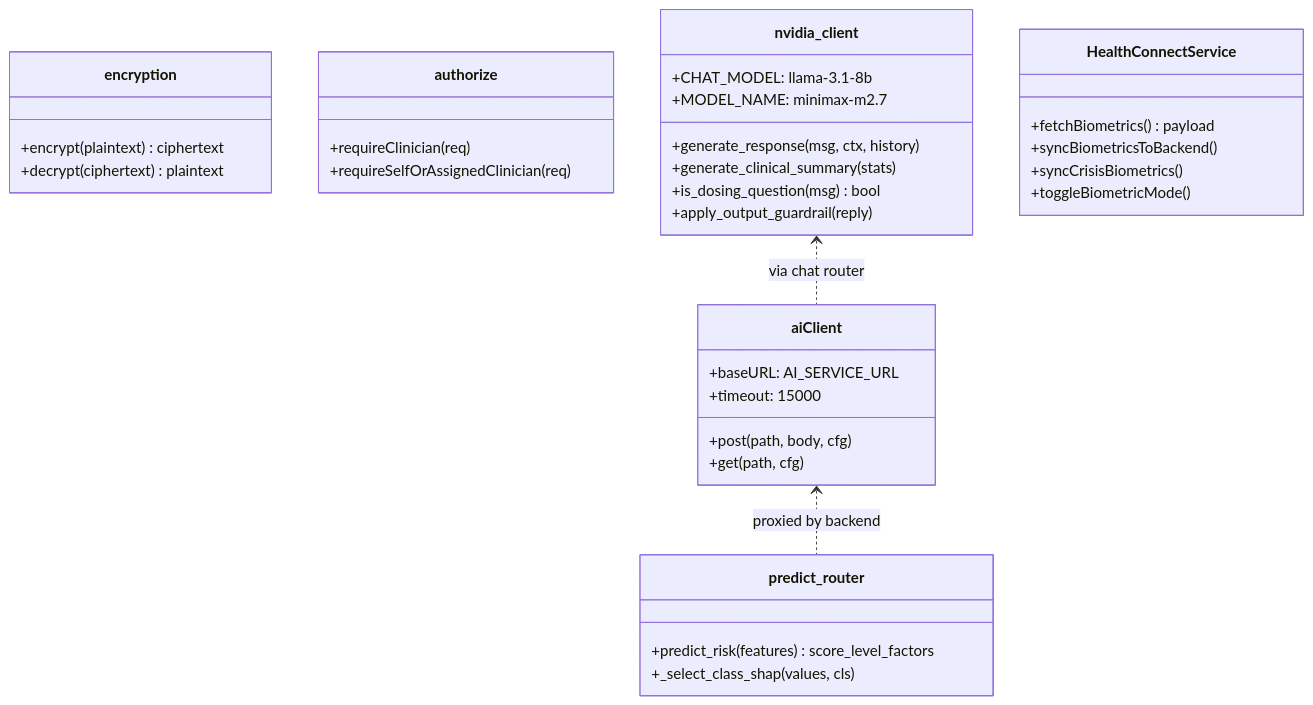
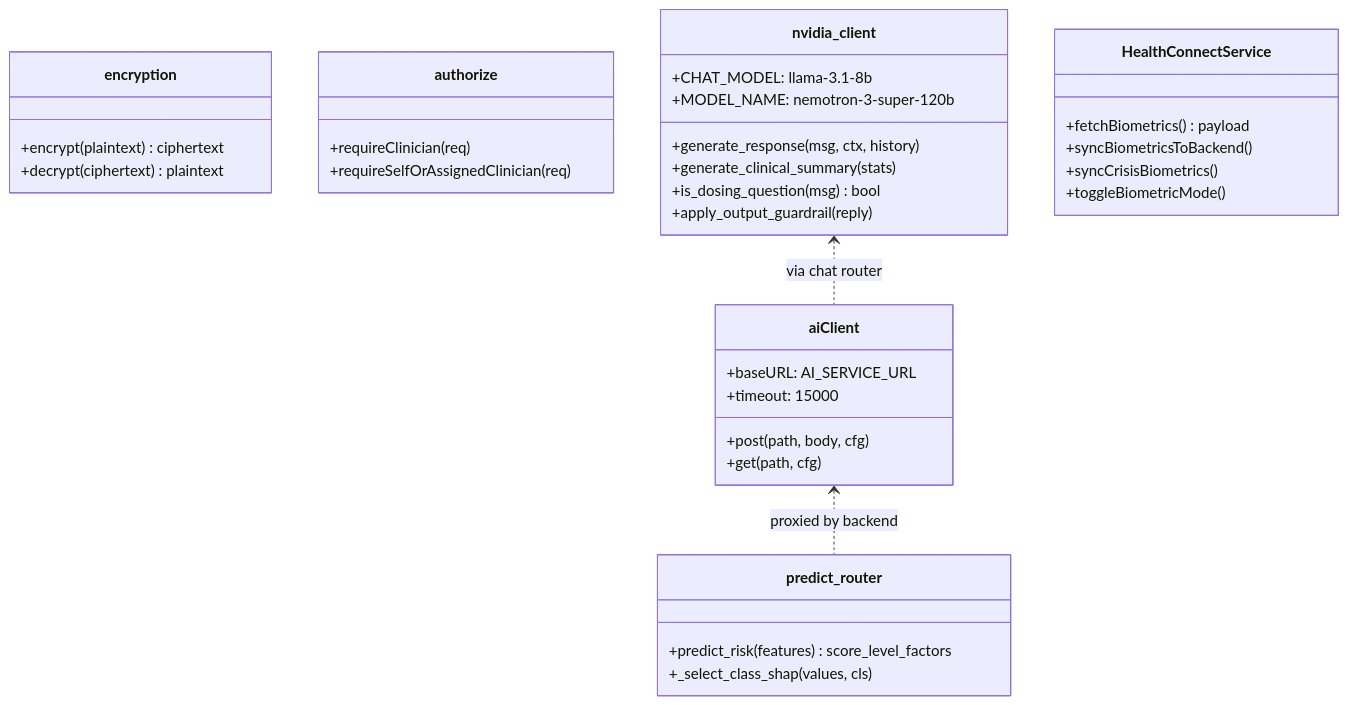
Before and after one commit to KARTHIKAKRISHNA123/niranthara-ai-powered-mental-health-continuity: the fourth of 13 diagrams in README.md, drawn with Mermaid. The commit also changed other lines of this file and 59 other files, not shown here.

Commit message:
feat: Improved Architecture

````diff
--- a/README.md
+++ b/README.md
@@ -337,37 +393,37 @@
 ```mermaid
 classDiagram
   class aiClient {
     +baseURL: AI_SERVICE_URL
     +timeout: 15000
     +post(path, body, cfg)
     +get(path, cfg)
   }
   class encryption {
     +encrypt(plaintext) ciphertext
     +decrypt(ciphertext) plaintext
   }
   class authorize {
     +requireClinician(req)
     +requireSelfOrAssignedClinician(req)
   }
   class nvidia_client {
     +CHAT_MODEL: llama-3.1-8b
-    +MODEL_NAME: minimax-m2.7
+    +MODEL_NAME: nemotron-3-super-120b
     +generate_response(msg, ctx, history)
     +generate_clinical_summary(stats)
     +is_dosing_question(msg) bool
     +apply_output_guardrail(reply)
   }
   class HealthConnectService {
     +fetchBiometrics() payload
     +syncBiometricsToBackend()
     +syncCrisisBiometrics()
     +toggleBiometricMode()
   }
   class predict_router {
     +predict_risk(features) score_level_factors
     +_select_class_shap(values, cls)
   }
   aiClient <.. predict_router : proxied by backend
   nvidia_client <.. aiClient : via chat router
 ```
````
